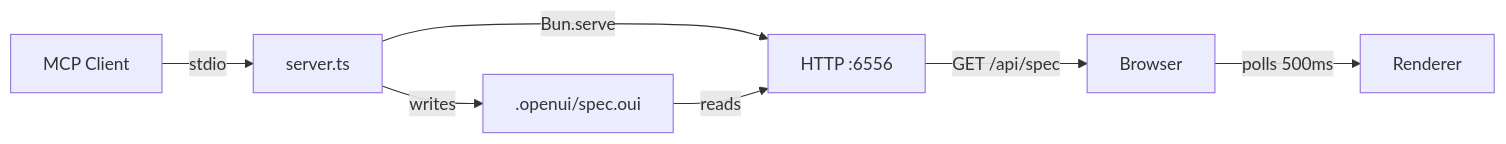
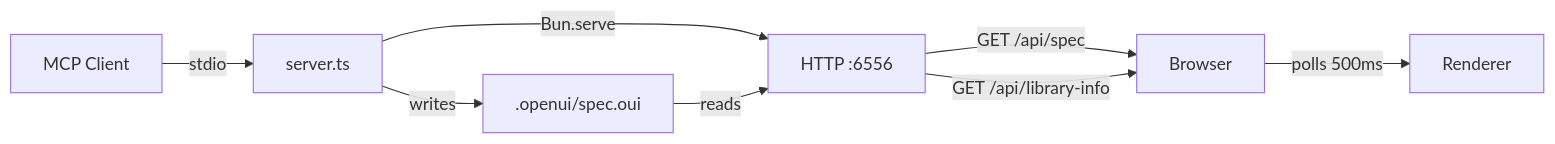
Before and after one commit to naadodimtr/openui-mcp: the diagram in README.md, drawn with Mermaid. The commit also changed other lines of this file and 4 other files, not shown here.

````diff
--- a/README.md
+++ b/README.md
@@ -9,9 +9,10 @@
 ```mermaid
 flowchart LR
   Client[MCP Client] -->|stdio| Server[server.ts]
   Server -->|writes| Spec[.openui/spec.oui]
   Server -->|Bun.serve| HTTP[HTTP :6556]
   Spec -->|reads| HTTP
   HTTP -->|GET /api/spec| Browser
+  HTTP -->|GET /api/library-info| Browser
   Browser -->|polls 500ms| Renderer
 ```
````
